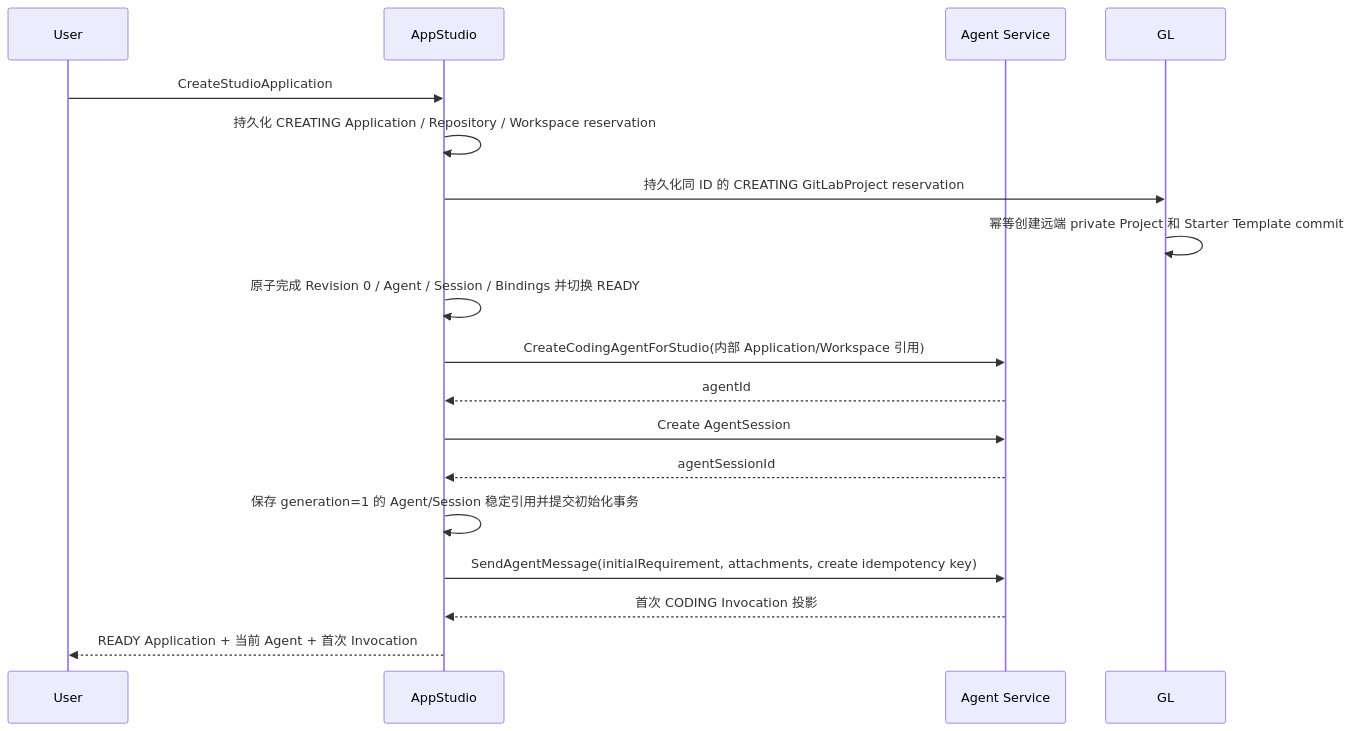
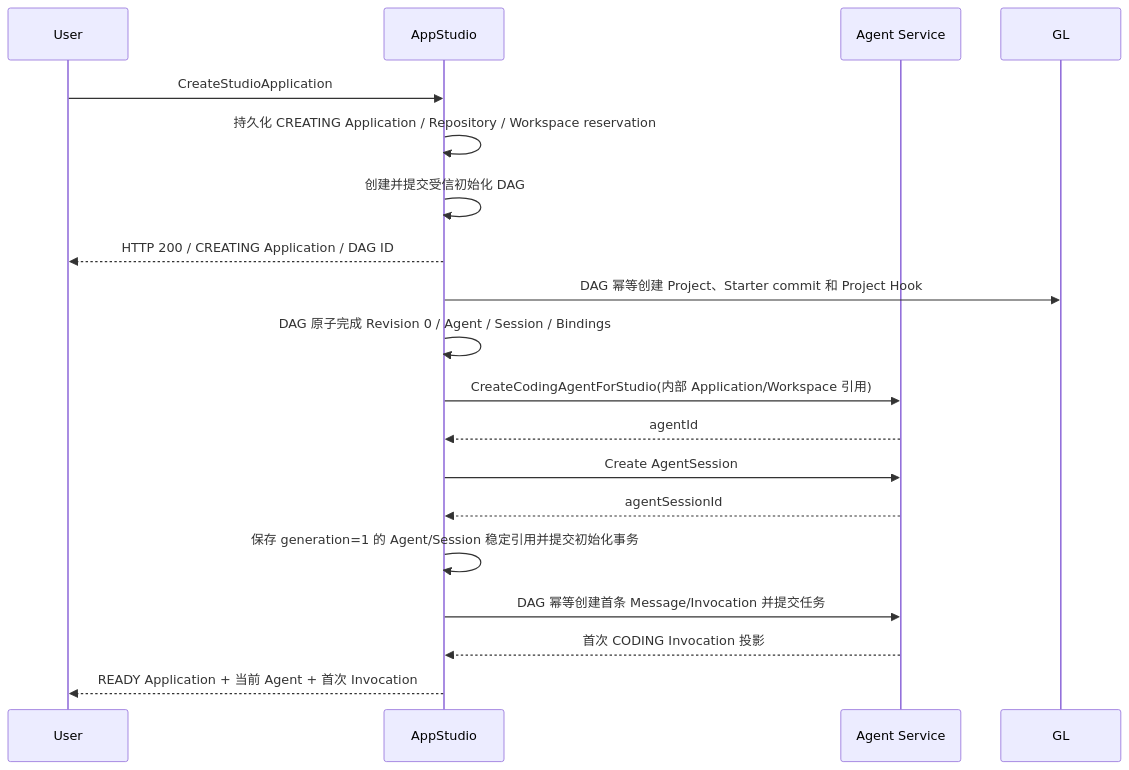
The third of 11 diagrams in 00_product/domains/appstudio/product-spec.md (wangweihong/omnimam-spec), drawn with Mermaid before and after one commit. The commit also changed other lines of this file and 18 other files, not shown here.

````diff
--- a/00_product/domains/appstudio/product-spec.md
+++ b/00_product/domains/appstudio/product-spec.md
@@ -1041,23 +1046,24 @@
 ```mermaid
 sequenceDiagram
     participant U as User
     participant ST as AppStudio
     participant AS as Agent Service
 
     U->>ST: CreateStudioApplication
     ST->>ST: 持久化 CREATING Application / Repository / Workspace reservation
-    ST->>GL: 持久化同 ID 的 CREATING GitLabProject reservation
-    GL->>GL: 幂等创建远端 private Project 和 Starter Template commit
-    ST->>ST: 原子完成 Revision 0 / Agent / Session / Bindings 并切换 READY
+    ST->>ST: 创建并提交受信初始化 DAG
+    ST-->>U: HTTP 200 / CREATING Application / DAG ID
+    ST->>GL: DAG 幂等创建 Project、Starter commit 和 Project Hook
+    ST->>ST: DAG 原子完成 Revision 0 / Agent / Session / Bindings
 
     ST->>AS: CreateCodingAgentForStudio(内部 Application/Workspace 引用)
     AS-->>ST: agentId
 
     ST->>AS: Create AgentSession
     AS-->>ST: agentSessionId
 
     ST->>ST: 保存 generation=1 的 Agent/Session 稳定引用并提交初始化事务
-    ST->>AS: SendAgentMessage(initialRequirement, attachments, create idempotency key)
+    ST->>AS: DAG 幂等创建首条 Message/Invocation 并提交任务
     AS-->>ST: 首次 CODING Invocation 投影
     ST-->>U: READY Application + 当前 Agent + 首次 Invocation
 ```
````
